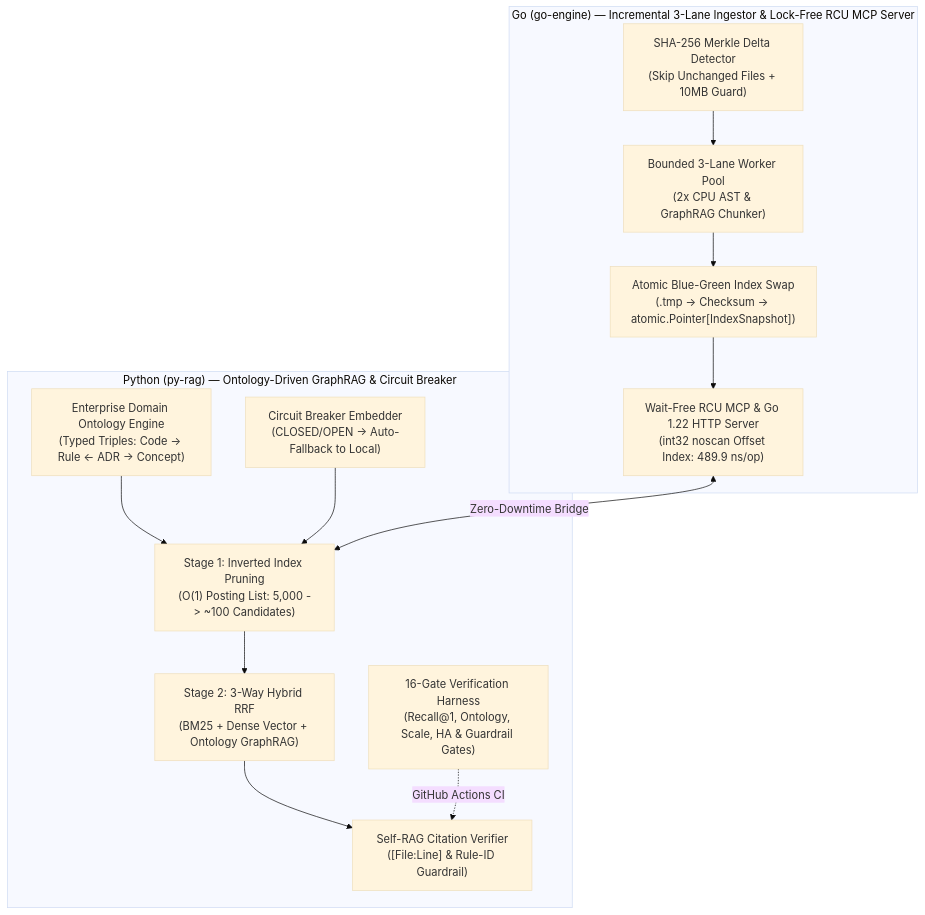
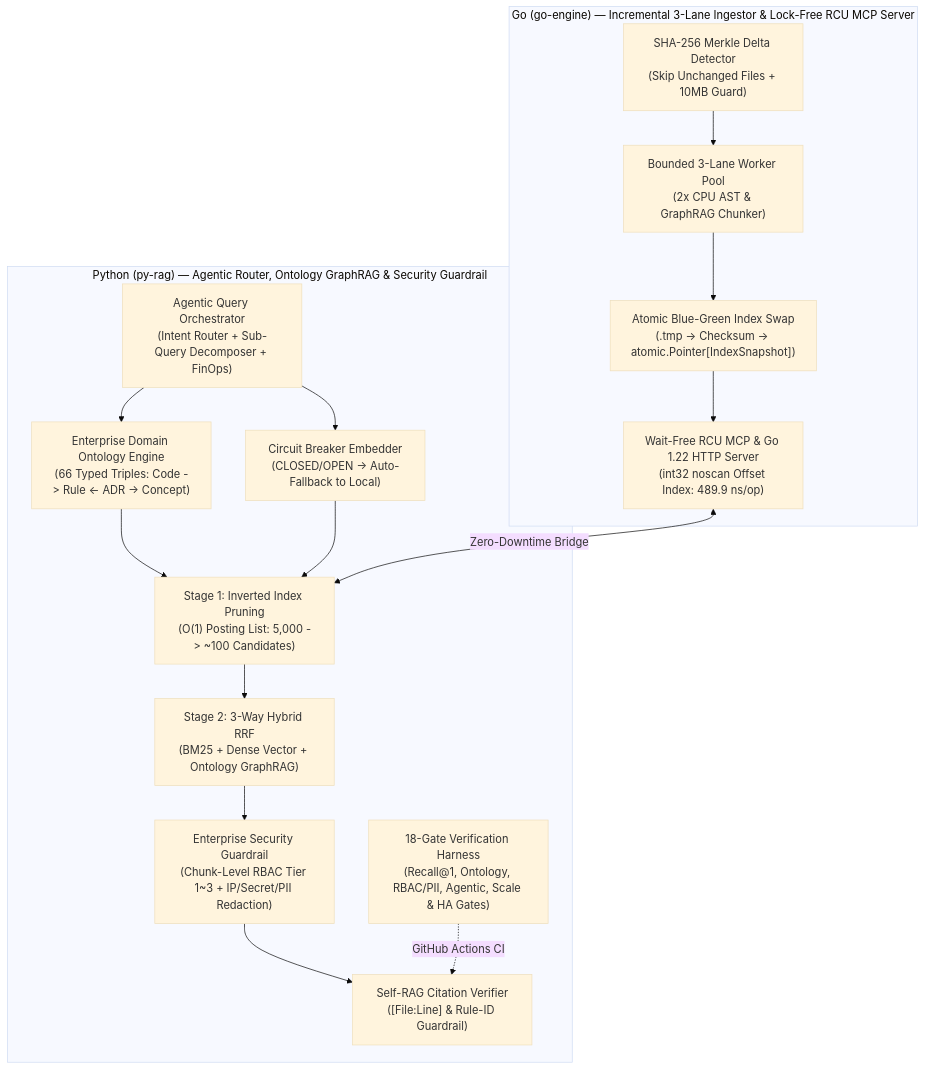
The diagram in README.md (bestguru/legacy-lens-rag), drawn with Mermaid (base theme) before and after one commit. The commit also changed other lines of this file and 5 other files, not shown here.

Commit message:
feat(enterprise-ai): add Chunk-Level RBAC/PII Guardrail, Agentic Sub-Query Decomposer, FinOps Telemetry & 18-Gate Harness (v3.3)

````diff
--- a/README.md
+++ b/README.md
@@ -40,23 +46,25 @@
 ```mermaid
 flowchart TB
     subgraph Go_Tier ["Go (go-engine) — Incremental 3-Lane Ingestor & Lock-Free RCU MCP Server"]
         Delta["SHA-256 Merkle Delta Detector\n(Skip Unchanged Files + 10MB Guard)"]
         Pool["Bounded 3-Lane Worker Pool\n(2x CPU AST & GraphRAG Chunker)"]
         Atomic["Atomic Blue-Green Index Swap\n(.tmp -> Checksum -> atomic.Pointer[IndexSnapshot])"]
         MCP["Wait-Free RCU MCP & Go 1.22 HTTP Server\n(int32 noscan Offset Index: 489.9 ns/op)"]
         Delta --> Pool --> Atomic --> MCP
     end
 
-    subgraph Py_Tier ["Python (py-rag) — Ontology-Driven GraphRAG & Circuit Breaker"]
-        Onto["Enterprise Domain Ontology Engine\n(Typed Triples: Code -> Rule <- ADR -> Concept)"]
+    subgraph Py_Tier ["Python (py-rag) — Agentic Router, Ontology GraphRAG & Security Guardrail"]
+        Router["Agentic Query Orchestrator\n(Intent Router + Sub-Query Decomposer + FinOps)"]
+        Onto["Enterprise Domain Ontology Engine\n(66 Typed Triples: Code -> Rule <- ADR -> Concept)"]
         CB["Circuit Breaker Embedder\n(CLOSED/OPEN -> Auto-Fallback to Local)"]
         Stage1["Stage 1: Inverted Index Pruning\n(O(1) Posting List: 5,000 -> ~100 Candidates)"]
         Stage2["Stage 2: 3-Way Hybrid RRF\n(BM25 + Dense Vector + Ontology GraphRAG)"]
+        Sec["Enterprise Security Guardrail\n(Chunk-Level RBAC Tier 1~3 + IP/Secret/PII Redaction)"]
         Guard["Self-RAG Citation Verifier\n([File:Line] & Rule-ID Guardrail)"]
-        Harness["16-Gate Verification Harness\n(Recall@1, Ontology, Scale, HA & Guardrail Gates)"]
-        Onto & CB --> Stage1 --> Stage2 --> Guard
+        Harness["18-Gate Verification Harness\n(Recall@1, Ontology, RBAC/PII, Agentic, Scale & HA Gates)"]
+        Router --> Onto & CB --> Stage1 --> Stage2 --> Sec --> Guard
         Harness -.->|"GitHub Actions CI"| Guard
     end
 
     MCP <-->|"Zero-Downtime Bridge"| Stage1
 ```
````
